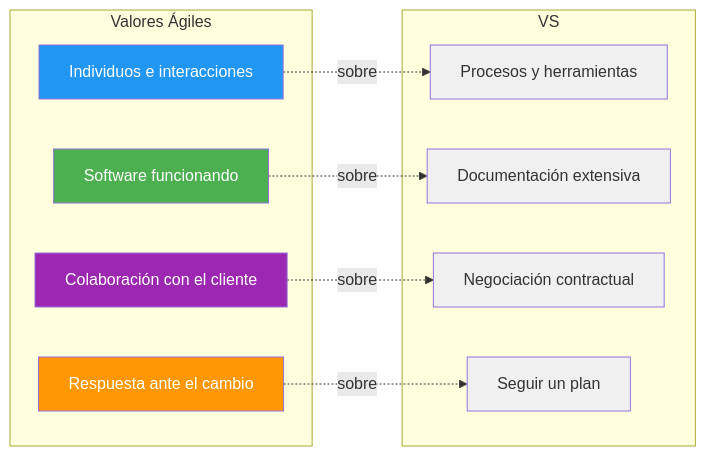
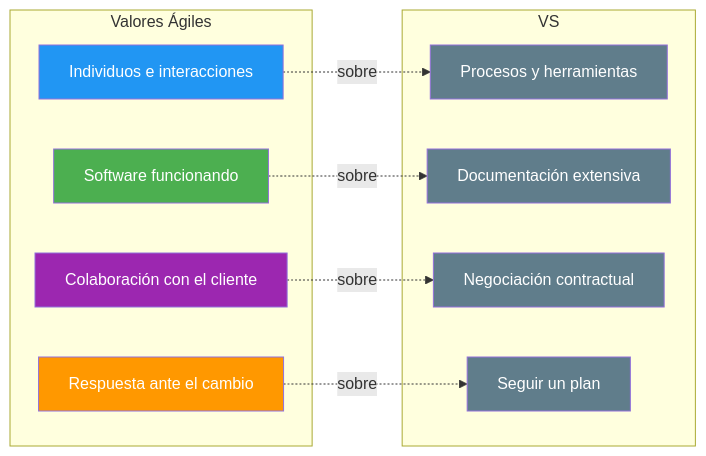
Before and after one commit to joseluisgs/EntornosDesarrollo-01-2026-2027: the sixth of 9 diagrams in 04-modelos-metodologias.md, drawn with Mermaid. The commit also changed other lines of this file, not shown here.

````diff
--- a/04-modelos-metodologias.md
+++ b/04-modelos-metodologias.md
@@ -232,30 +264,30 @@
 ```mermaid
 graph LR
     subgraph Valores Ágiles
         A[Individuos e interacciones]
         B[Software funcionando]
         C[Colaboración con el cliente]
         D[Respuesta ante el cambio]
     end
 
     subgraph "VS"
         E[Procesos y herramientas]
         F[Documentación extensiva]
         G[Negociación contractual]
         H[Seguir un plan]
     end
 
     A -.->|sobre| E
     B -.->|sobre| F
     C -.->|sobre| G
     D -.->|sobre| H
 
     style A fill:#2196F3,color:#fff
     style B fill:#4CAF50,color:#fff
     style C fill:#9C27B0,color:#fff
     style D fill:#FF9800,color:#fff
-    style E fill:#f0f0f0
-    style F fill:#f0f0f0
-    style G fill:#f0f0f0
-    style H fill:#f0f0f0
+    style E fill:#607D8B,color:#fff
+    style F fill:#607D8B,color:#fff
+    style G fill:#607D8B,color:#fff
+    style H fill:#607D8B,color:#fff
 ```
````
